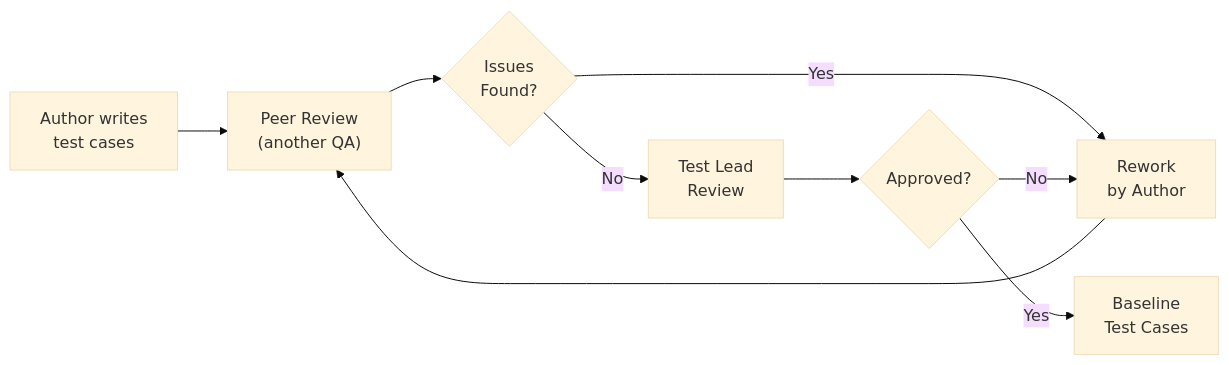
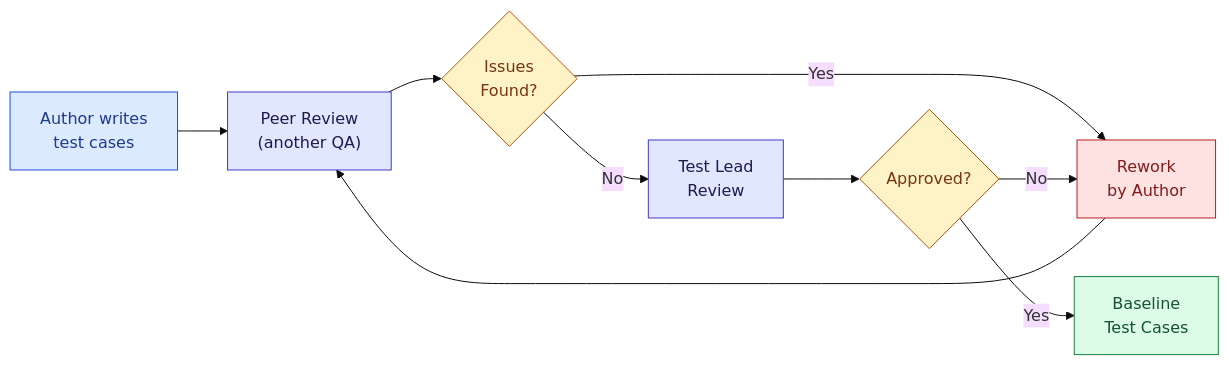
Before and after one commit to ghanendra-sdet/manual-testing-playbook: the fourth of 10 diagrams in Part_03_STLC.md, drawn with Mermaid (base theme). The commit also changed other lines of this file and 15 other files, not shown here.

Commit message:
Fix broken routes and anchors; update OWASP 2025, ISTQB v4.0, WCAG 2.2, Jira/Zephyr naming and pricing; style diagrams

````diff
--- a/Part_03_STLC.md
+++ b/Part_03_STLC.md
@@ -820,11 +842,22 @@
 ```mermaid
 flowchart LR
-    A["Author writes\ntest cases"] --> B["Peer Review\n(another QA)"]
-    B --> C{"Issues\nFound?"}
-    C -- Yes --> D["Rework\nby Author"]
+    A["Author writes<br/>test cases"] --> B["Peer Review<br/>(another QA)"]
+    B --> C{"Issues<br/>Found?"}
+    C -- Yes --> D["Rework<br/>by Author"]
     D --> B
-    C -- No --> E["Test Lead\nReview"]
+    C -- No --> E["Test Lead<br/>Review"]
     E --> F{"Approved?"}
     F -- No --> D
-    F -- Yes --> G["Baseline\nTest Cases"]
+    F -- Yes --> G["Baseline<br/>Test Cases"]
+
+    classDef start fill:#dbeafe,stroke:#1d4ed8,color:#1e3a8a
+    classDef step fill:#e0e7ff,stroke:#4338ca,color:#1e1b4b
+    classDef decision fill:#fef3c7,stroke:#b45309,color:#78350f
+    classDef good fill:#dcfce7,stroke:#15803d,color:#14532d
+    classDef bad fill:#fee2e2,stroke:#b91c1c,color:#7f1d1d
+    class A start
+    class B,E step
+    class C,F decision
+    class D bad
+    class G good
 ```
````
